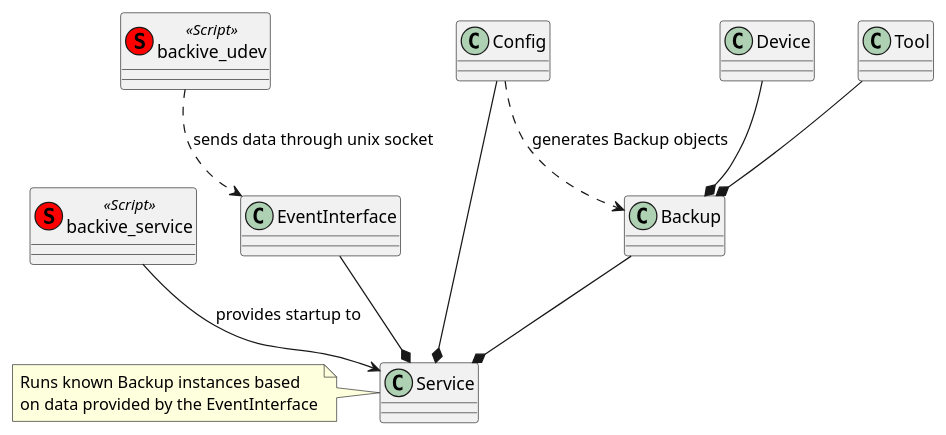
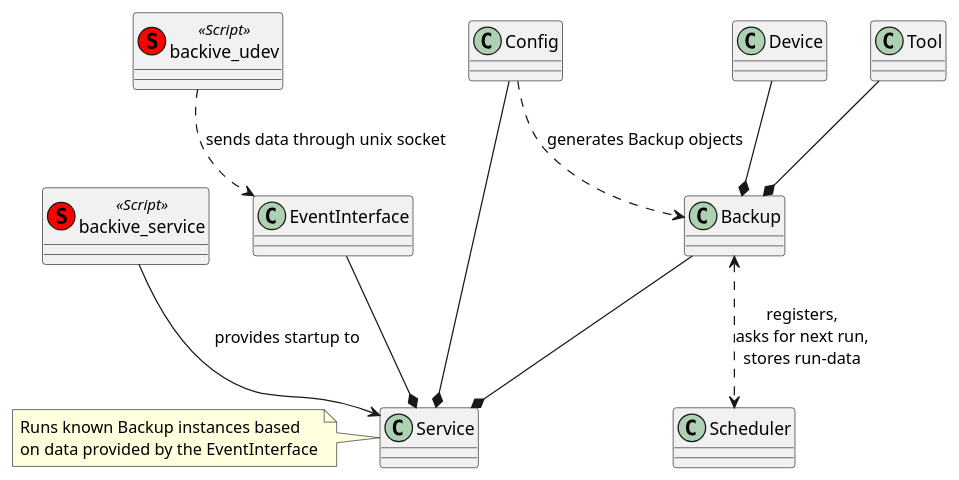
The second of 2 diagrams in doc/architecture.puml (qwc/pybackive), drawn with PlantUML before and after one commit. The commit also changed 6 other files, not shown here.

```diff
--- a/doc/architecture.puml
+++ b/doc/architecture.puml
@@ -27,33 +27,36 @@
 @startuml "Class architecture"
 
 class backive_udev << (S,#FF0000) Script >>
 
 class backive_service << (S,#FF0000) Script >>
 
 class Service
 note left 
 Runs known Backup instances based
 on data provided by the EventInterface
 end note
 
 class EventInterface
 
 class Config
 
 class Backup
 
 class Device
 
 class Tool
 
+class Scheduler
+
 backive_service --> Service : provides startup to
 EventInterface --* Service
 Config --* Service
 Backup --* Service
 Device --* Backup
 Tool --* Backup
+Backup <..> Scheduler: registers,\nasks for next run,\nstores run-data
 
 Config ..> Backup : generates Backup objects
 backive_udev ..> EventInterface : sends data through unix socket
 
 @enduml
```
